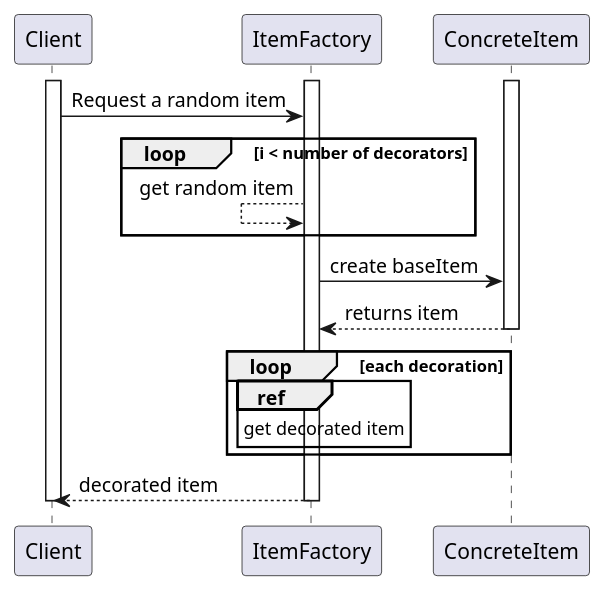
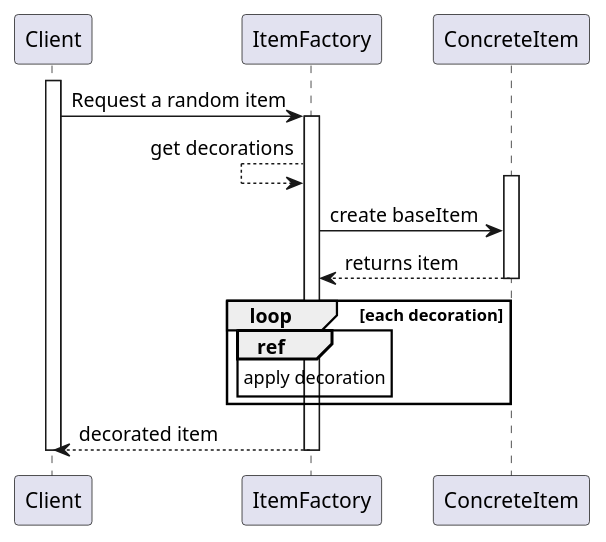
Before and after one commit to olaven/exam-PG3300: the diagram in diagrams/sequence/itemFactory.puml, drawn with PlantUML. The commit also changed 3 other files, not shown here.

Commit message:
updated sequence diagrams

```diff
--- a/diagrams/sequence/itemFactory.puml
+++ b/diagrams/sequence/itemFactory.puml
@@ -1,27 +1,27 @@
 @startuml Sequence diagram
 
 activate Client 
 Client -> ItemFactory : Request a random item 
 
-loop i < number of decorators  
-    ItemFactory <-- ItemFactory : get random item
-end
 
 activate ItemFactory
+
+ItemFactory <-- ItemFactory : get decorations
+
 activate ConcreteItem
 
 ItemFactory -> ConcreteItem : create baseItem 
 ItemFactory <-- ConcreteItem : returns item 
 
 deactivate ConcreteItem
 
 loop each decoration 
-    ref over ItemFactory : get decorated item 
+    ref over ItemFactory : apply decoration
 end
 
 ItemFactory --> Client : decorated item 
 deactivate ItemFactory
 
 deactivate Client 
 
 @enduml
```
